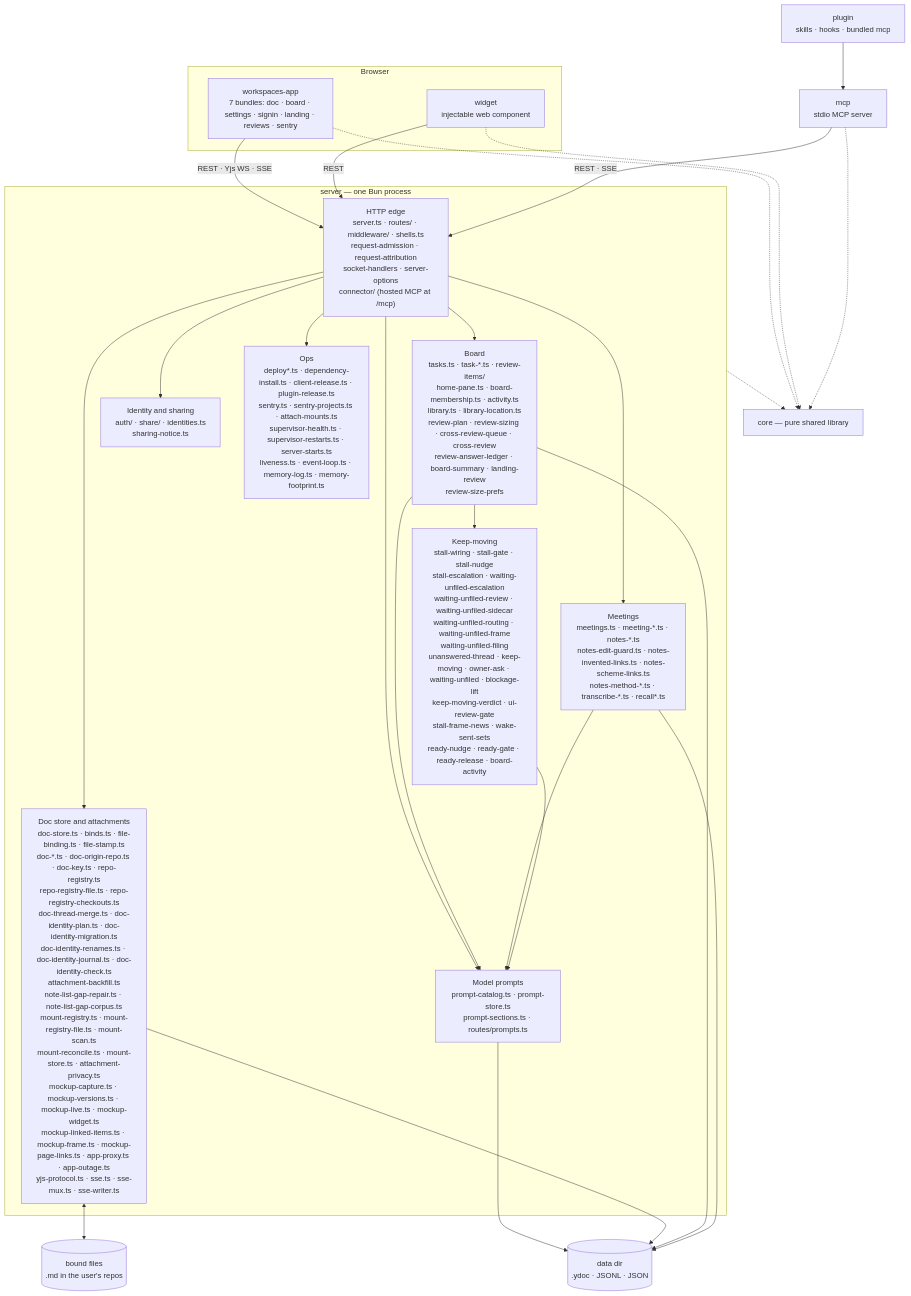
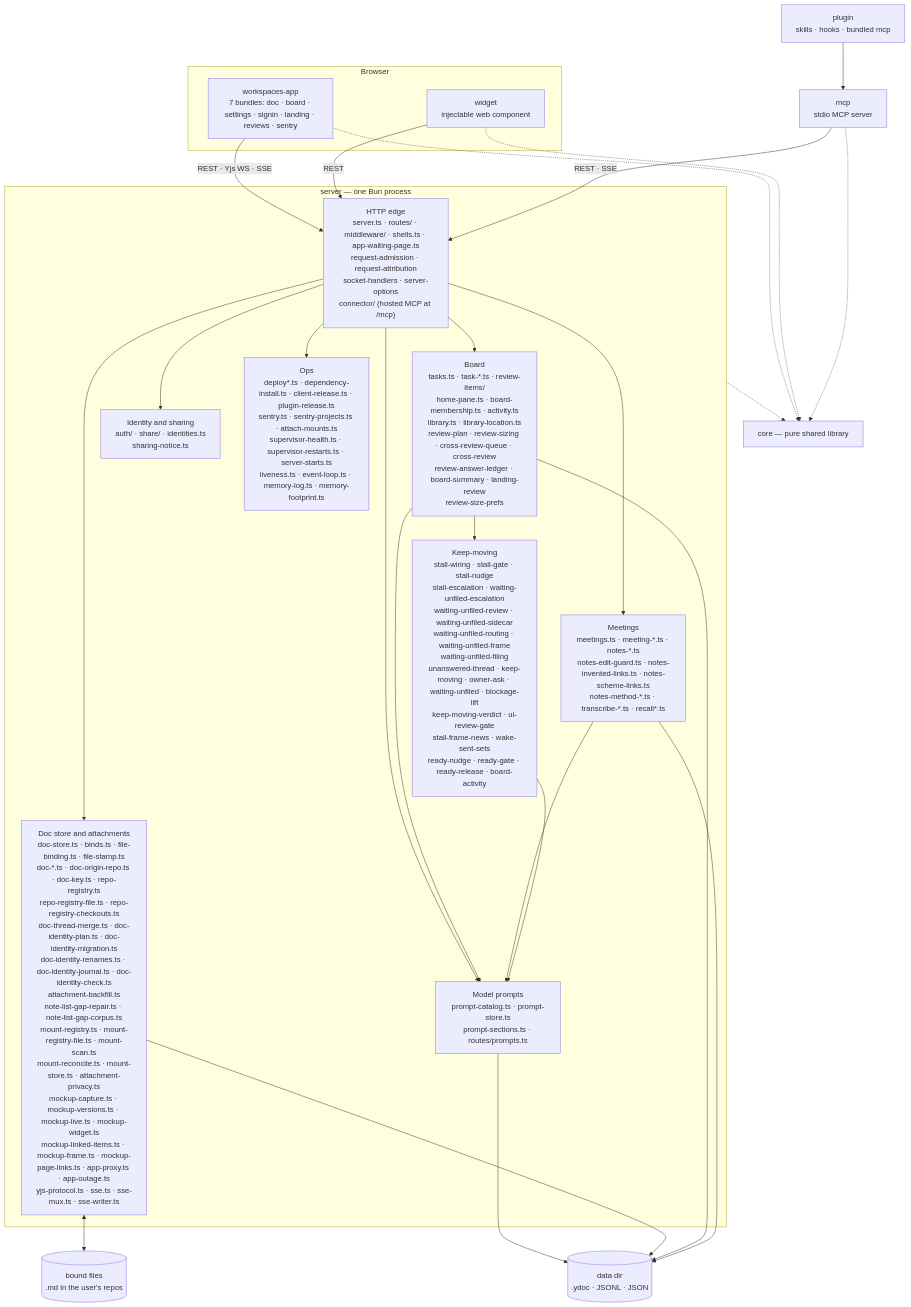
The first of 2 diagrams in docs/architecture/overview.md (fryanpan/claude-workspace-plugin), drawn with Mermaid before and after one commit. The commit also changed other lines of this file and 17 other files, not shown here.

First line of the commit message:
A reader who finds an app down gets a page that waits for it and can ask again (#1156)

````diff
--- a/docs/architecture/overview.md
+++ b/docs/architecture/overview.md
@@ -45,35 +45,35 @@
 ```mermaid
 flowchart TB
   subgraph browser[Browser]
     app["workspaces-app<br/>7 bundles: doc · board · settings · signin · landing · reviews · sentry"]
     wid["widget<br/>injectable web component"]
   end
   plug["plugin<br/>skills · hooks · bundled mcp"]
   mcp["mcp<br/>stdio MCP server"]
   subgraph srv["server — one Bun process"]
-    edge["HTTP edge<br/>server.ts · routes/ · middleware/ · shells.ts<br/>request-admission · request-attribution<br/>socket-handlers · server-options<br/>connector/ (hosted MCP at /mcp)"]
+    edge["HTTP edge<br/>server.ts · routes/ · middleware/ · shells.ts · app-waiting-page.ts<br/>request-admission · request-attribution<br/>socket-handlers · server-options<br/>connector/ (hosted MCP at /mcp)"]
     docs["Doc store and attachments<br/>doc-store.ts · binds.ts · file-binding.ts · file-stamp.ts<br/>doc-*.ts · doc-origin-repo.ts · doc-key.ts · repo-registry.ts<br/>repo-registry-file.ts · repo-registry-checkouts.ts<br/>doc-thread-merge.ts · doc-identity-plan.ts · doc-identity-migration.ts<br/>doc-identity-renames.ts · doc-identity-journal.ts · doc-identity-check.ts<br/>attachment-backfill.ts<br/>note-list-gap-repair.ts · note-list-gap-corpus.ts<br/>mount-registry.ts · mount-registry-file.ts · mount-scan.ts<br/>mount-reconcile.ts · mount-store.ts · attachment-privacy.ts<br/>mockup-capture.ts · mockup-versions.ts · mockup-live.ts · mockup-widget.ts<br/>mockup-linked-items.ts · mockup-frame.ts · mockup-page-links.ts · app-proxy.ts · app-outage.ts<br/>yjs-protocol.ts · sse.ts · sse-mux.ts · sse-writer.ts"]
     board["Board<br/>tasks.ts · task-*.ts · review-items/<br/>home-pane.ts · board-membership.ts · activity.ts<br/>library.ts · library-location.ts<br/>review-plan · review-sizing · cross-review-queue · cross-review<br/>review-answer-ledger · board-summary · landing-review<br/>review-size-prefs"]
     meet["Meetings<br/>meetings.ts · meeting-*.ts · notes-*.ts<br/>notes-edit-guard.ts · notes-invented-links.ts · notes-scheme-links.ts<br/>notes-method-*.ts · transcribe-*.ts · recall*.ts"]
     keep["Keep-moving<br/>stall-wiring · stall-gate · stall-nudge<br/>stall-escalation · waiting-unfiled-escalation<br/>waiting-unfiled-review · waiting-unfiled-sidecar<br/>waiting-unfiled-routing · waiting-unfiled-frame<br/>waiting-unfiled-filing<br/>unanswered-thread · keep-moving · owner-ask · waiting-unfiled · blockage-lift<br/>keep-moving-verdict · ui-review-gate<br/>stall-frame-news · wake-sent-sets<br/>ready-nudge · ready-gate · ready-release · board-activity"]
     ident["Identity and sharing<br/>auth/ · share/ · identities.ts<br/>sharing-notice.ts"]
     prompts["Model prompts<br/>prompt-catalog.ts · prompt-store.ts<br/>prompt-sections.ts · routes/prompts.ts"]
     ops["Ops<br/>deploy*.ts · dependency-install.ts · client-release.ts · plugin-release.ts<br/>sentry.ts · sentry-projects.ts · attach-mounts.ts<br/>supervisor-health.ts · supervisor-restarts.ts · server-starts.ts<br/>liveness.ts · event-loop.ts · memory-log.ts · memory-footprint.ts"]
   end
   core["core — pure shared library"]
   disk[("data dir<br/>.ydoc · JSONL · JSON")]
   files[("bound files<br/>.md in the user's repos")]
 
   app -->|"REST · Yjs WS · SSE"| edge
   wid -->|REST| edge
   plug --> mcp
   mcp -->|"REST · SSE"| edge
   edge --> docs & board & meet & ident & ops & prompts
   board & meet & keep --> prompts
   prompts --> disk
   board --> keep
   docs <--> files
   docs & board & meet --> disk
   app & wid & mcp -.-> core
   srv -.-> core
 ```
````
